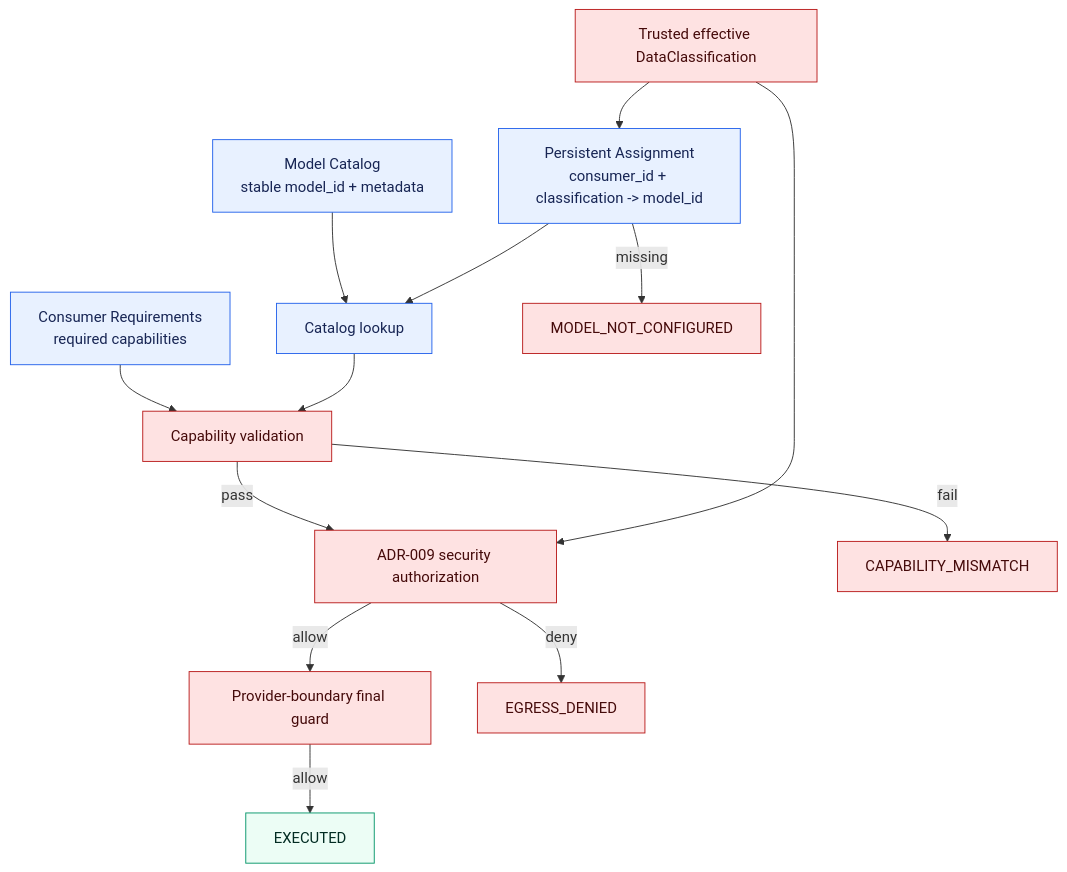
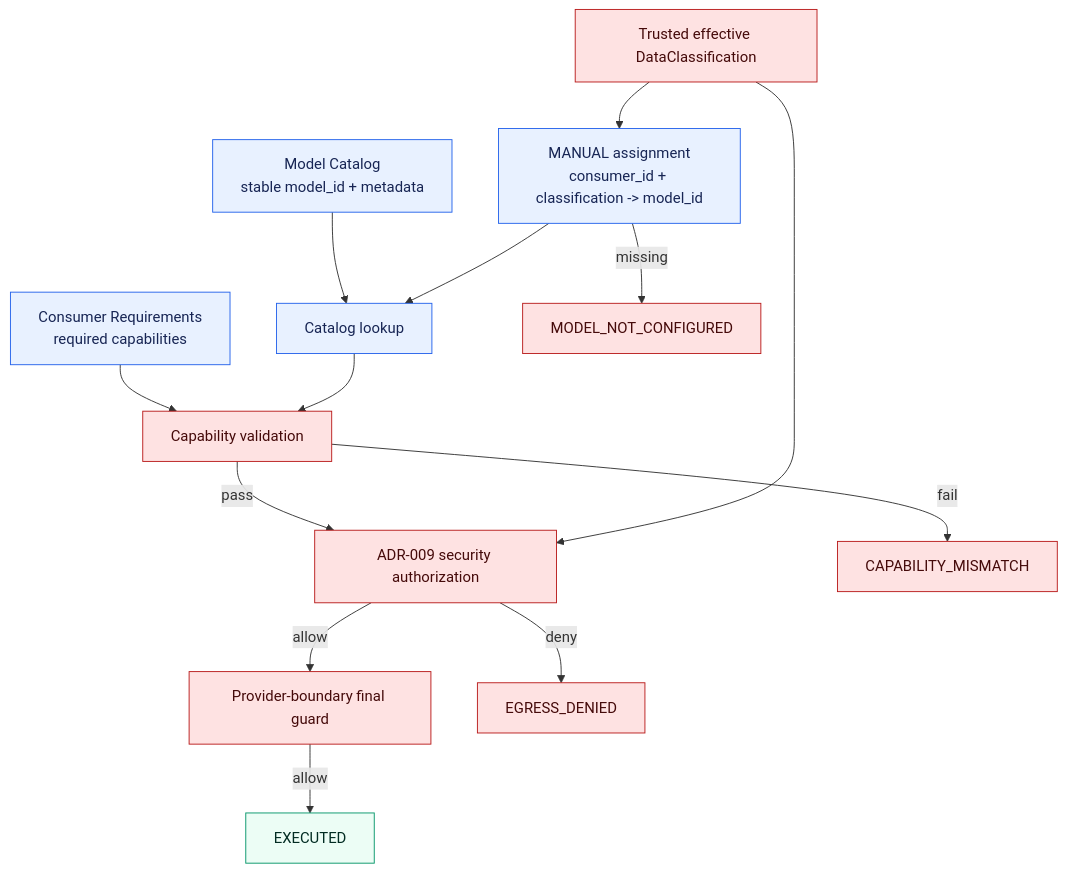
Before and after one commit to aboerzel/industrial-ai-agent: diagram 17 of 22 in docs/architecture/overview.md, drawn with Mermaid. The commit also changed other lines of this file and 24 other files, not shown here.

First line of the commit message:
docs(architecture): reconcile current contracts and implementation

````diff
--- a/docs/architecture/overview.md
+++ b/docs/architecture/overview.md
@@ -1231,22 +1279,22 @@
 ```mermaid
 flowchart TD
     Catalog["Model Catalog<br/>stable model_id + metadata"] --> Lookup["Catalog lookup"]
-    Assignment["Persistent Assignment<br/>consumer_id + classification -> model_id"] --> Lookup
+    Assignment["MANUAL assignment<br/>consumer_id + classification -> model_id"] --> Lookup
     Requirements["Consumer Requirements<br/>required capabilities"] --> Capability["Capability validation"]
     Lookup --> Capability
     Capability -->|"pass"| Security["ADR-009 security authorization"]
     Capability -->|"fail"| Mismatch["CAPABILITY_MISMATCH"]
     RunClass["Trusted effective DataClassification"] --> Assignment
     RunClass --> Security
     Security -->|"allow"| Guard["Provider-boundary final guard"]
     Security -->|"deny"| EgressDenied["EGRESS_DENIED"]
     Guard -->|"allow"| Executed["EXECUTED"]
     Assignment -->|"missing"| Missing["MODEL_NOT_CONFIGURED"]
 
     classDef config fill:#e8f1ff,stroke:#2563eb,color:#172554
     classDef security fill:#fee2e2,stroke:#b91c1c,color:#450a0a
     classDef execution fill:#ecfdf5,stroke:#059669,color:#022c22
     class Catalog,Assignment,Requirements,Lookup config
     class RunClass,Capability,Security,Guard,Mismatch,EgressDenied,Missing security
     class Executed execution
 ```
````
